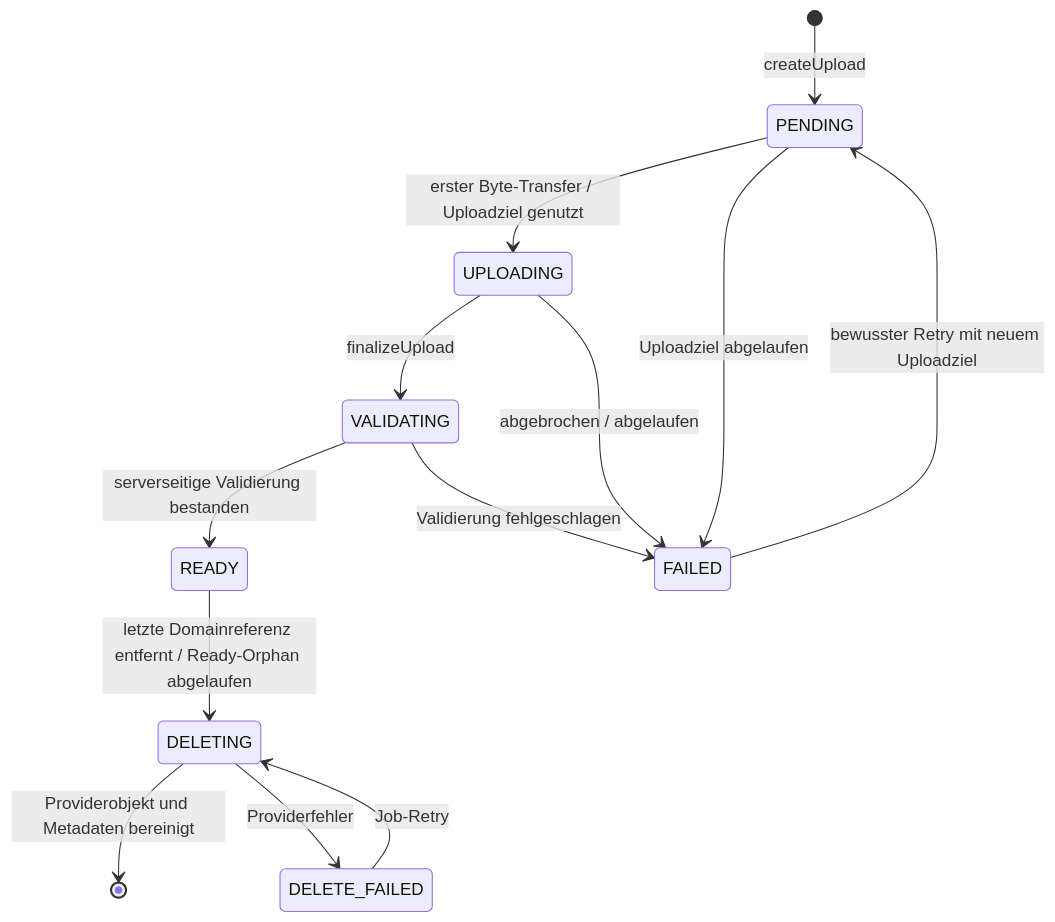
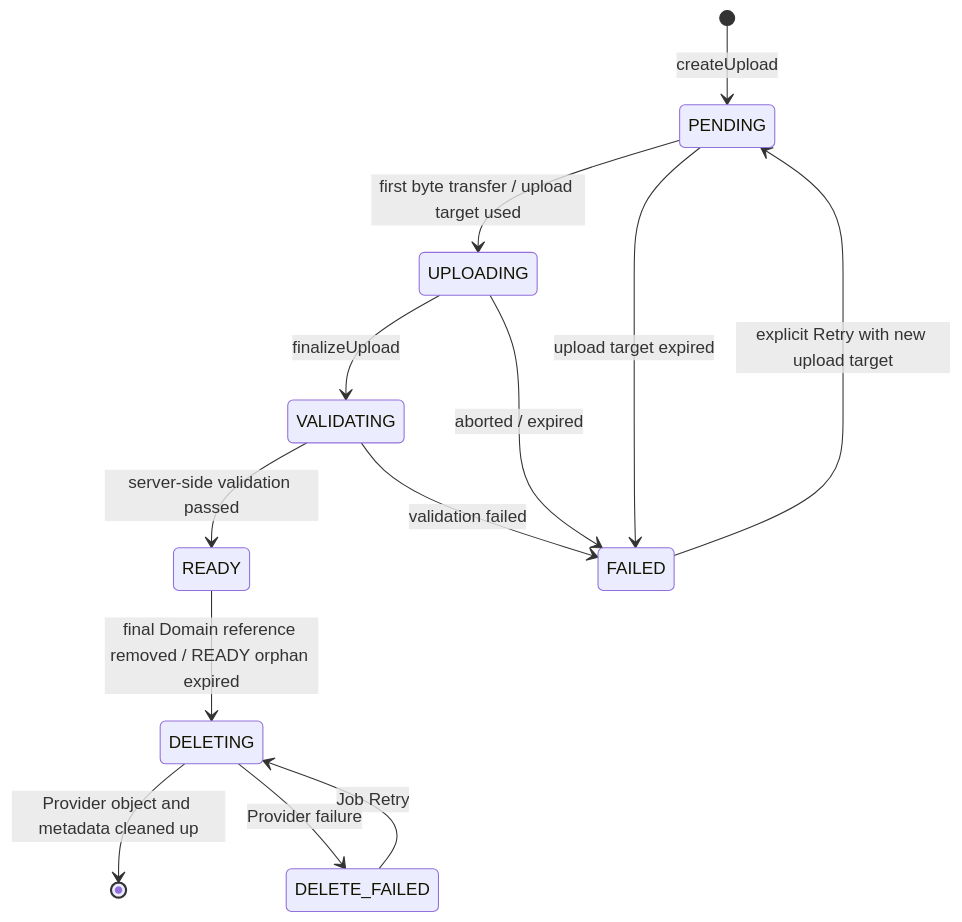
Before and after one commit to baerenmarke90/SideBySide-Next: the diagram in docs/m2/MEDIA-PIPELINE.md, drawn with Mermaid. The commit also changed other lines of this file, not shown here.

````diff
--- a/docs/m2/MEDIA-PIPELINE.md
+++ b/docs/m2/MEDIA-PIPELINE.md
@@ -10,15 +10,15 @@
 ```mermaid
 stateDiagram-v2
   [*] --> PENDING: createUpload
-  PENDING --> UPLOADING: erster Byte-Transfer / Uploadziel genutzt
+  PENDING --> UPLOADING: first byte transfer / upload target used
   UPLOADING --> VALIDATING: finalizeUpload
-  VALIDATING --> READY: serverseitige Validierung bestanden
-  VALIDATING --> FAILED: Validierung fehlgeschlagen
-  PENDING --> FAILED: Uploadziel abgelaufen
-  UPLOADING --> FAILED: abgebrochen / abgelaufen
-  FAILED --> PENDING: bewusster Retry mit neuem Uploadziel
-  READY --> DELETING: letzte Domainreferenz entfernt / Ready-Orphan abgelaufen
-  DELETING --> [*]: Providerobjekt und Metadaten bereinigt
-  DELETING --> DELETE_FAILED: Providerfehler
-  DELETE_FAILED --> DELETING: Job-Retry
+  VALIDATING --> READY: server-side validation passed
+  VALIDATING --> FAILED: validation failed
+  PENDING --> FAILED: upload target expired
+  UPLOADING --> FAILED: aborted / expired
+  FAILED --> PENDING: explicit Retry with new upload target
+  READY --> DELETING: final Domain reference removed / READY orphan expired
+  DELETING --> [*]: Provider object and metadata cleaned up
+  DELETING --> DELETE_FAILED: Provider failure
+  DELETE_FAILED --> DELETING: Job Retry
 ```
````
